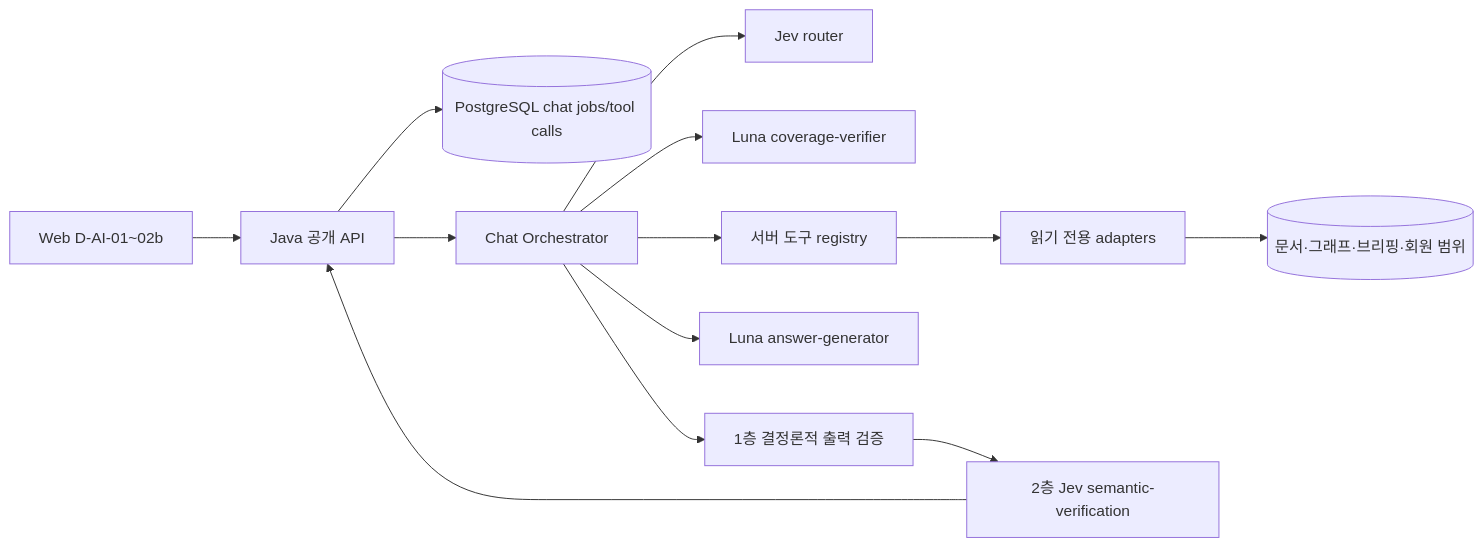
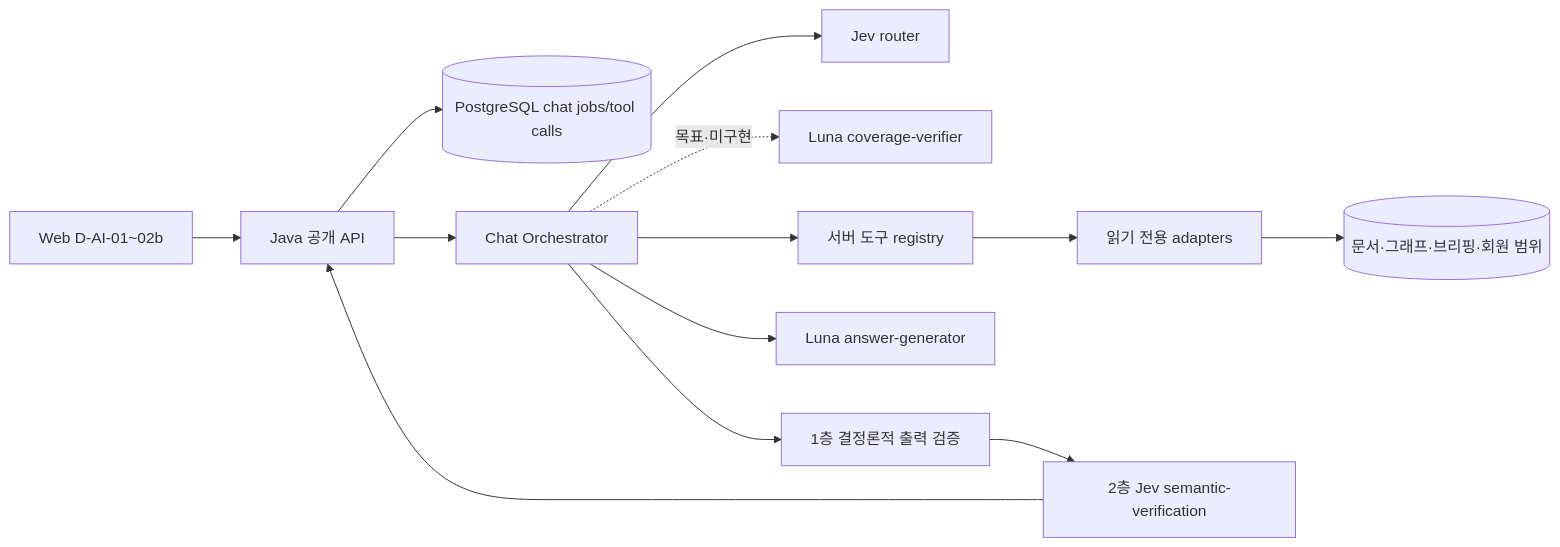
One commit to Donbug/zoop changed the diagram in docs/development/ai-chatbot-implementation-plan.md. Above: the diagram before and after it, drawn with Mermaid. The commit also changed other lines of this file and 9 other files, not shown here.

````diff
--- a/docs/development/ai-chatbot-implementation-plan.md
+++ b/docs/development/ai-chatbot-implementation-plan.md
@@ -36,15 +36,15 @@
 ```mermaid
 flowchart LR
     web[Web D-AI-01~02b] --> app[Java 공개 API]
     app --> db[(PostgreSQL chat jobs/tool calls)]
     app --> orch[Chat Orchestrator]
     orch --> jev[Jev router]
-    orch --> luna1[Luna coverage-verifier]
+    orch -. 목표·미구현 .-> luna1[Luna coverage-verifier]
     orch --> registry[서버 도구 registry]
     registry --> adapters[읽기 전용 adapters]
     adapters --> stores[(문서·그래프·브리핑·회원 범위)]
     orch --> luna2[Luna answer-generator]
     orch --> validate[1층 결정론적 출력 검증]
     validate --> jev2[2층 Jev semantic-verification]
     jev2 --> app
 ```
````
